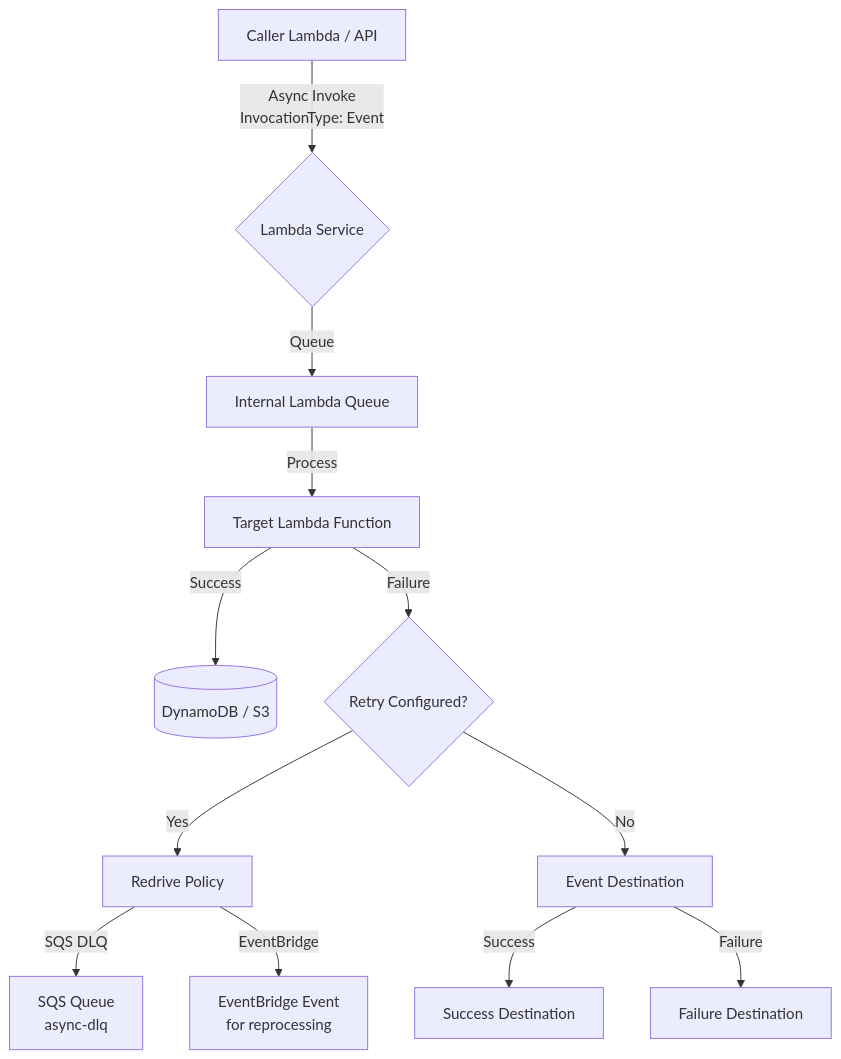
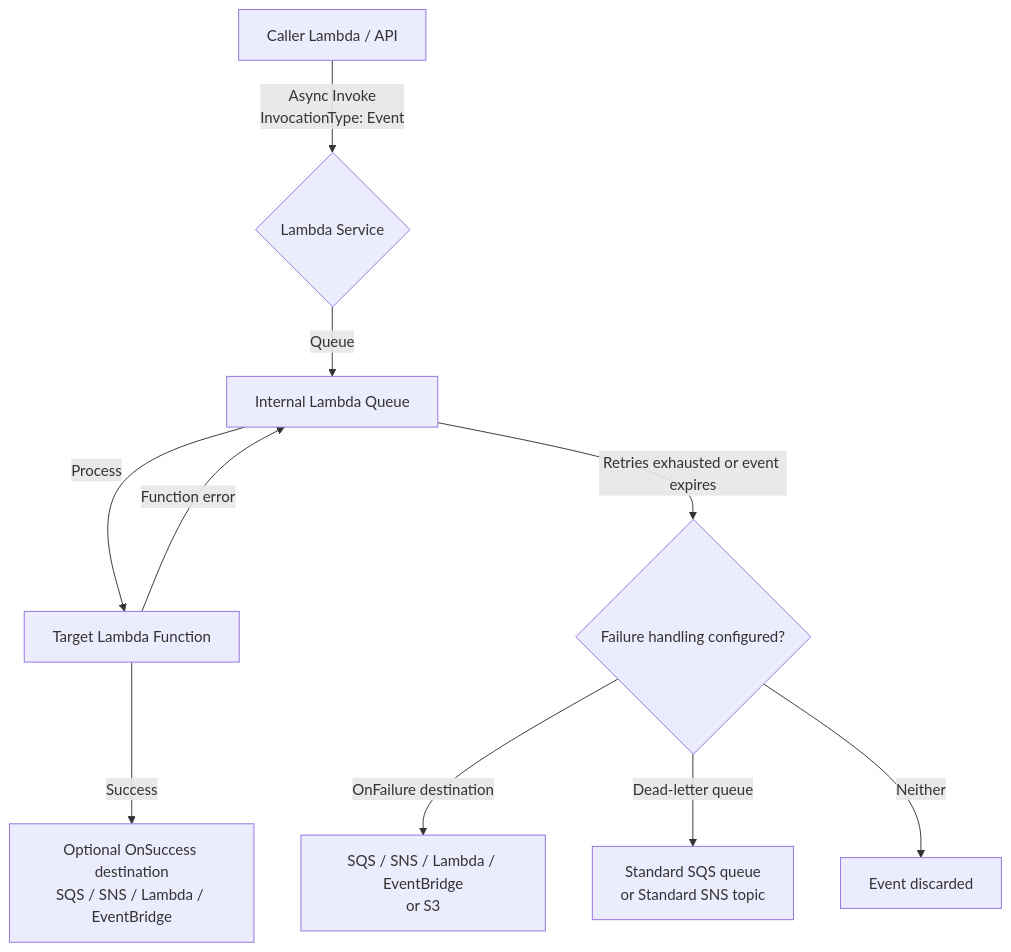
Before and after one commit to AlexanderBesss/AWS_best_praactices: the fifth of 7 diagrams in Design/01-event-driven-patterns.md, drawn with Mermaid. The commit also changed other lines of this file and 31 other files, not shown here.

````diff
--- a/Design/01-event-driven-patterns.md
+++ b/Design/01-event-driven-patterns.md
@@ -269,14 +261,12 @@
 ```mermaid
 graph TB
     A[Caller Lambda / API] -->|Async Invoke<br/>InvocationType: Event| B{Lambda Service}
     B -->|Queue| C[Internal Lambda Queue]
     C -->|Process| D[Target Lambda Function]
-    D -->|Success| E[(DynamoDB / S3)]
-    D -->|Failure| F{Retry Configured?}
-    F -->|Yes| G[Redrive Policy]
-    G -->|SQS DLQ| H[SQS Queue<br/>async-dlq]
-    G -->|EventBridge| I[EventBridge Event<br/>for reprocessing]
-    F -->|No| J[Event Destination]
-    J -->|Success| K[Success Destination]
-    J -->|Failure| L[Failure Destination]
+    D -->|Success| E[Optional OnSuccess destination<br/>SQS / SNS / Lambda / EventBridge]
+    D -->|Function error| C
+    C -->|Retries exhausted or event expires| F{Failure handling configured?}
+    F -->|OnFailure destination| G[SQS / SNS / Lambda / EventBridge<br/>or S3]
+    F -->|Dead-letter queue| H[Standard SQS queue<br/>or Standard SNS topic]
+    F -->|Neither| I[Event discarded]
 ```
````
